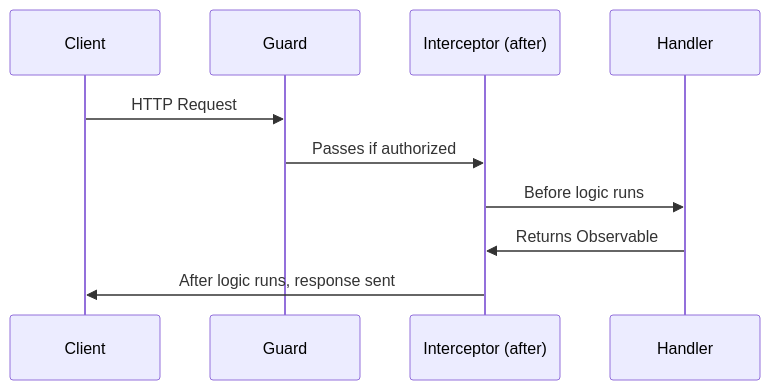
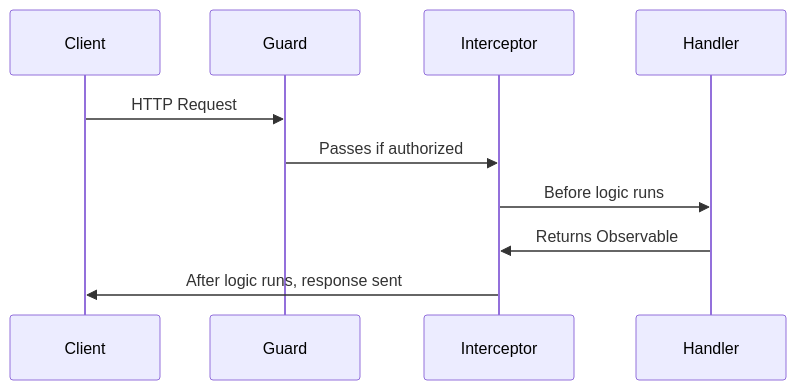
One commit to OneUptime/blog changed the first of 3 diagrams in posts/2026-02-03-nestjs-interceptors/README.md. Above: the diagram before and after it, drawn with Mermaid. The commit also changed other lines of this file and 2 other files, not shown here.

````diff
--- a/posts/2026-02-03-nestjs-interceptors/README.md
+++ b/posts/2026-02-03-nestjs-interceptors/README.md
@@ -17,14 +17,13 @@
 ```mermaid
 sequenceDiagram
     participant Client
     participant Guard
     participant Interceptor
     participant Handler
-    participant Interceptor as Interceptor (after)
 
     Client->>Guard: HTTP Request
     Guard->>Interceptor: Passes if authorized
     Interceptor->>Handler: Before logic runs
     Handler->>Interceptor: Returns Observable
     Interceptor->>Client: After logic runs, response sent
 ```
````
